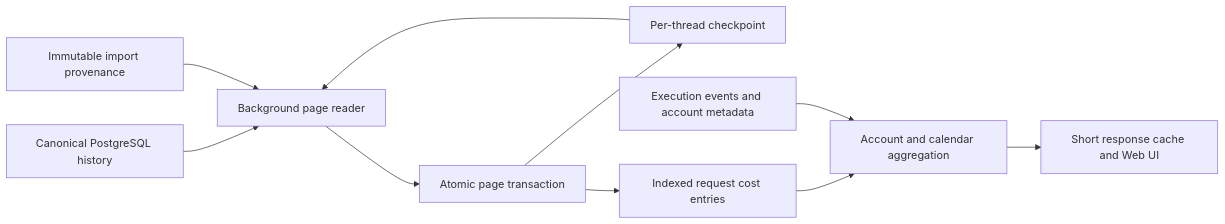
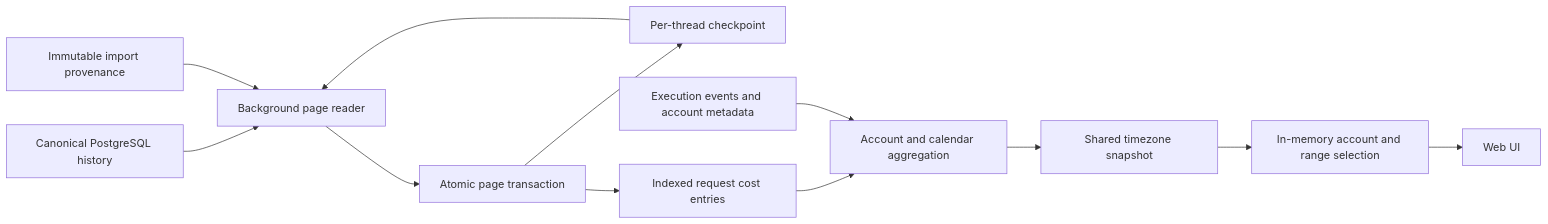
The diagram in docs/account-cost-projection.md (ssine/mira), drawn with Mermaid before and after one commit. The commit also changed other lines of this file and 13 other files, not shown here.

````diff
--- a/docs/account-cost-projection.md
+++ b/docs/account-cost-projection.md
@@ -8,12 +8,14 @@
 ```mermaid
 flowchart LR
   H[Canonical PostgreSQL history] --> W[Background page reader]
   I[Immutable import provenance] --> W
   W --> T[Atomic page transaction]
   T --> C[Per-thread checkpoint]
   T --> E[Indexed request cost entries]
   C --> W
   E --> Q[Account and calendar aggregation]
   X[Execution events and account metadata] --> Q
-  Q --> A[Short response cache and Web UI]
+  Q --> A[Shared timezone snapshot]
+  A --> R[In-memory account and range selection]
+  R --> U[Web UI]
 ```
````
